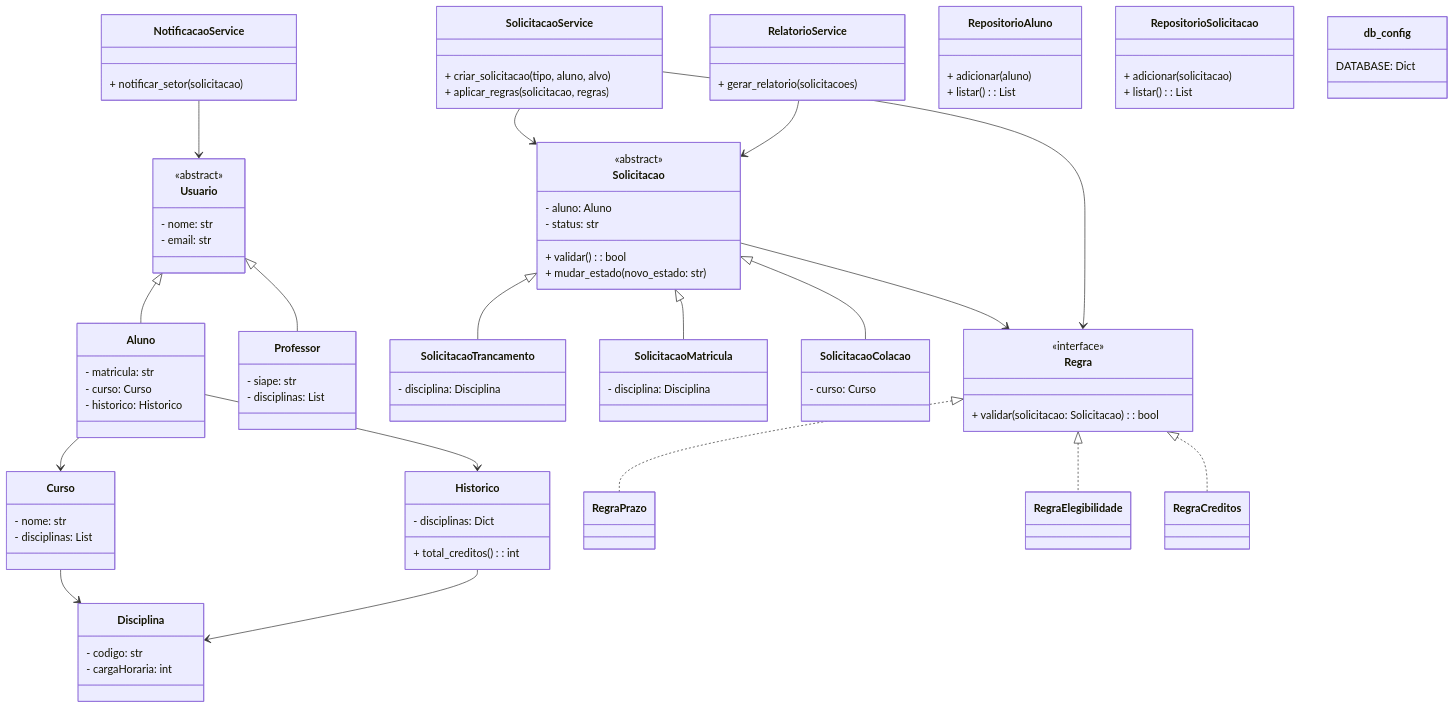
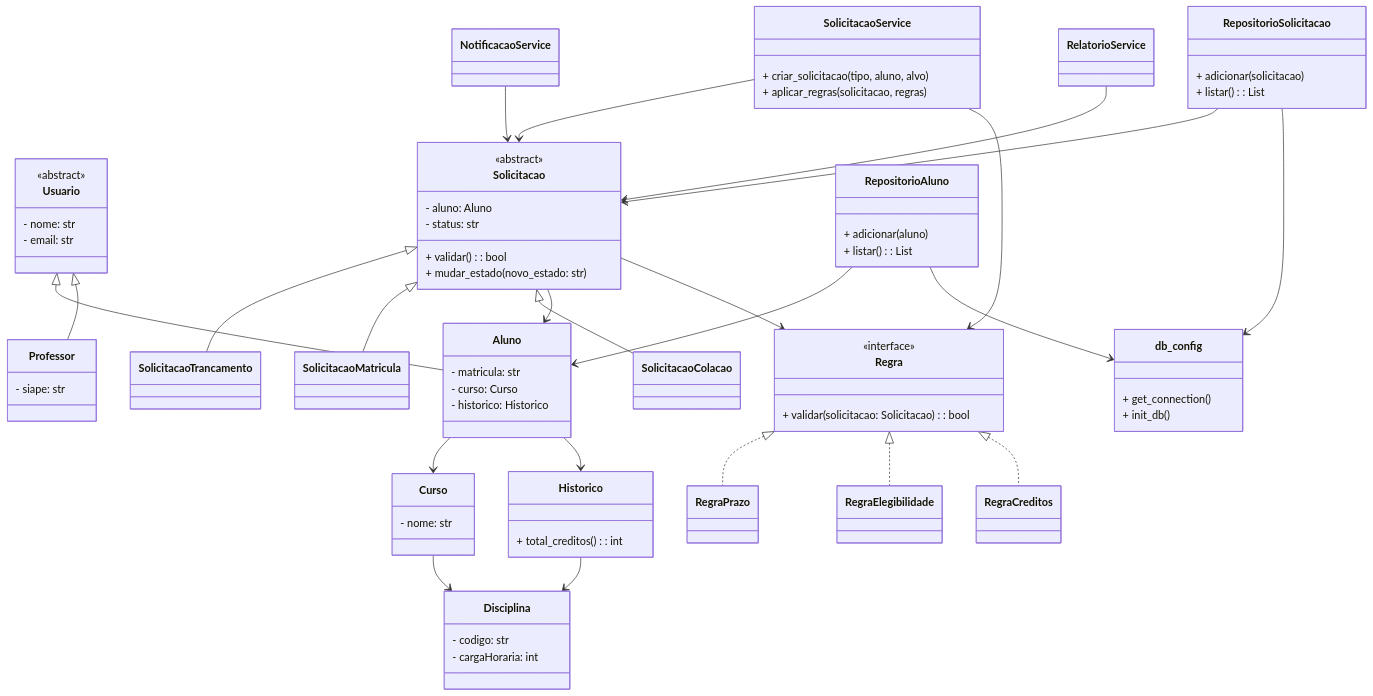
The diagram in README.md (carlossan25c/Sistema-SGPAD-), drawn with Mermaid before and after one commit.

Commit message:
mudança uml

````diff
--- a/README.md
+++ b/README.md
@@ -53,7 +53,6 @@
     }
     class Professor {
         - siape: str
-        - disciplinas: List<Disciplina>
     }
     Usuario <|-- Aluno
     Usuario <|-- Professor
@@ -63,17 +62,14 @@
     %% =========================
     class Curso {
         - nome: str
-        - disciplinas: List<Disciplina>
     }
     class Disciplina {
         - codigo: str
         - cargaHoraria: int
     }
     class Historico {
-        - disciplinas: Dict<Disciplina, float>
         + total_creditos(): int
     }
-
     Aluno --> Curso
     Aluno --> Historico
     Curso --> Disciplina
@@ -89,18 +85,13 @@
         + validar(): bool
         + mudar_estado(novo_estado: str)
     }
-    class SolicitacaoTrancamento {
-        - disciplina: Disciplina
-    }
-    class SolicitacaoMatricula {
-        - disciplina: Disciplina
-    }
-    class SolicitacaoColacao {
-        - curso: Curso
-    }
+    class SolicitacaoTrancamento
+    class SolicitacaoMatricula
+    class SolicitacaoColacao
     Solicitacao <|-- SolicitacaoTrancamento
     Solicitacao <|-- SolicitacaoMatricula
     Solicitacao <|-- SolicitacaoColacao
+    Solicitacao --> Aluno
 
     %% =========================
     %% Regras (Strategy)
@@ -124,15 +115,11 @@
         + criar_solicitacao(tipo, aluno, alvo)
         + aplicar_regras(solicitacao, regras)
     }
-    class NotificacaoService {
-        + notificar_setor(solicitacao)
-    }
-    class RelatorioService {
-        + gerar_relatorio(solicitacoes)
-    }
+    class NotificacaoService
+    class RelatorioService
     SolicitacaoService --> Solicitacao
     SolicitacaoService --> Regra
-    NotificacaoService --> Usuario
+    NotificacaoService --> Solicitacao
     RelatorioService --> Solicitacao
 
     %% =========================
@@ -147,7 +134,13 @@
         + listar(): List<Solicitacao>
     }
     class db_config {
-        DATABASE: Dict
+        + get_connection()
+        + init_db()
     }
+    RepositorioAluno --> Aluno
+    RepositorioSolicitacao --> Solicitacao
+    RepositorioAluno --> db_config
+    RepositorioSolicitacao --> db_config
+
 
 ```
````
